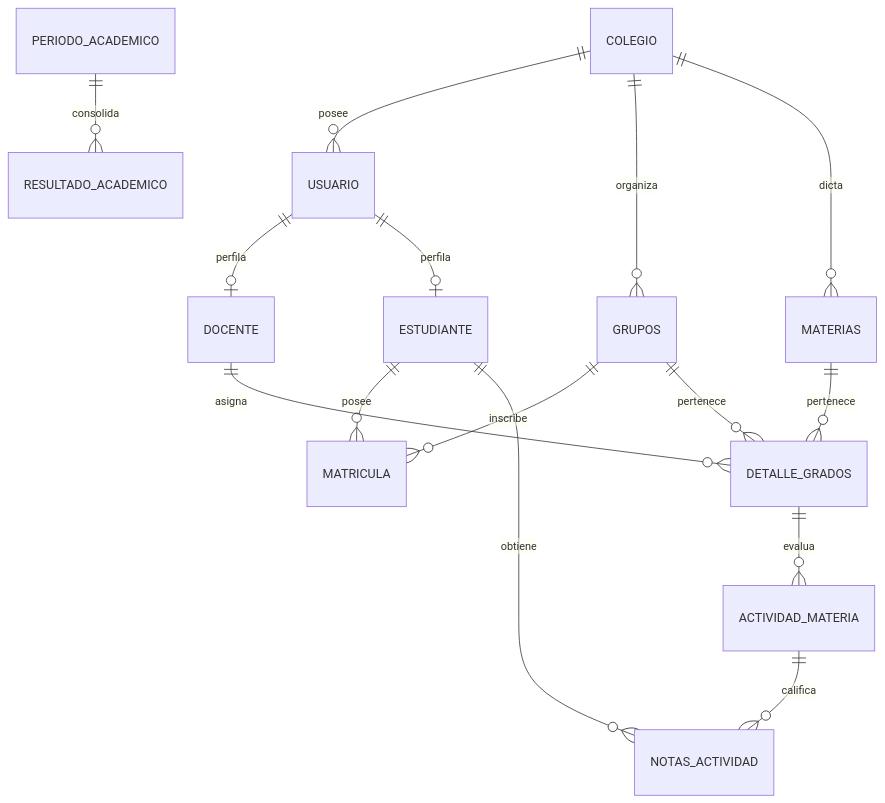
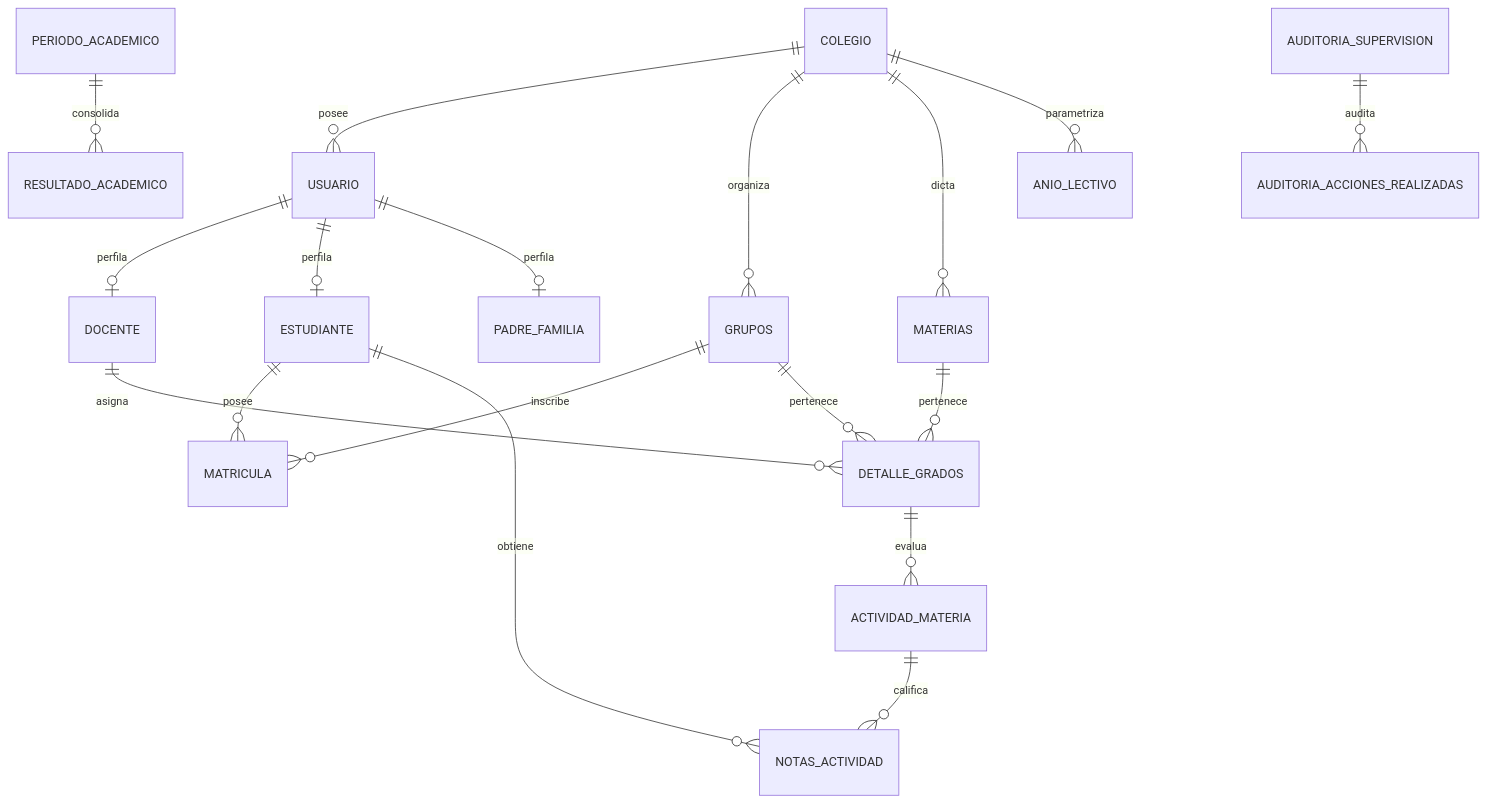
One commit to DanExl24/AcademiaNeiva changed the second of 3 diagrams in guides/AcademiaNeiva_Documentacion_Tecnica_Integral.md. Above: the diagram before and after it, drawn with Mermaid. The commit also changed other lines of this file and 1 other file, not shown here.

````diff
--- a/guides/AcademiaNeiva_Documentacion_Tecnica_Integral.md
+++ b/guides/AcademiaNeiva_Documentacion_Tecnica_Integral.md
@@ -172,17 +188,20 @@
 ```mermaid
 erDiagram
     COLEGIO ||--o{ USUARIO : posee
     COLEGIO ||--o{ GRUPOS : organiza
     COLEGIO ||--o{ MATERIAS : dicta
+    COLEGIO ||--o{ ANIO_LECTIVO : parametriza
     USUARIO ||--o| DOCENTE : perfila
     USUARIO ||--o| ESTUDIANTE : perfila
+    USUARIO ||--o| PADRE_FAMILIA : perfila
     GRUPOS ||--o{ MATRICULA : inscribe
     ESTUDIANTE ||--o{ MATRICULA : posee
     DOCENTE ||--o{ DETALLE_GRADOS : asigna
     MATERIAS ||--o{ DETALLE_GRADOS : pertenece
     GRUPOS ||--o{ DETALLE_GRADOS : pertenece
     DETALLE_GRADOS ||--o{ ACTIVIDAD_MATERIA : evalua
     ACTIVIDAD_MATERIA ||--o{ NOTAS_ACTIVIDAD : califica
     ESTUDIANTE ||--o{ NOTAS_ACTIVIDAD : obtiene
     PERIODO_ACADEMICO ||--o{ RESULTADO_ACADEMICO : consolida
+    AUDITORIA_SUPERVISION ||--o{ AUDITORIA_ACCIONES_REALIZADAS : audita
 ```
````
